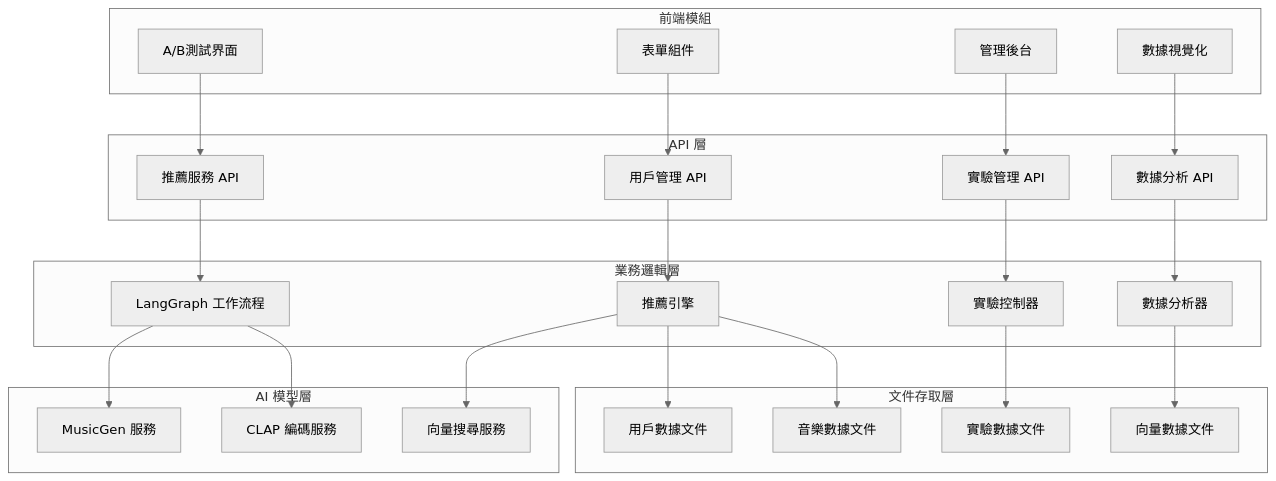
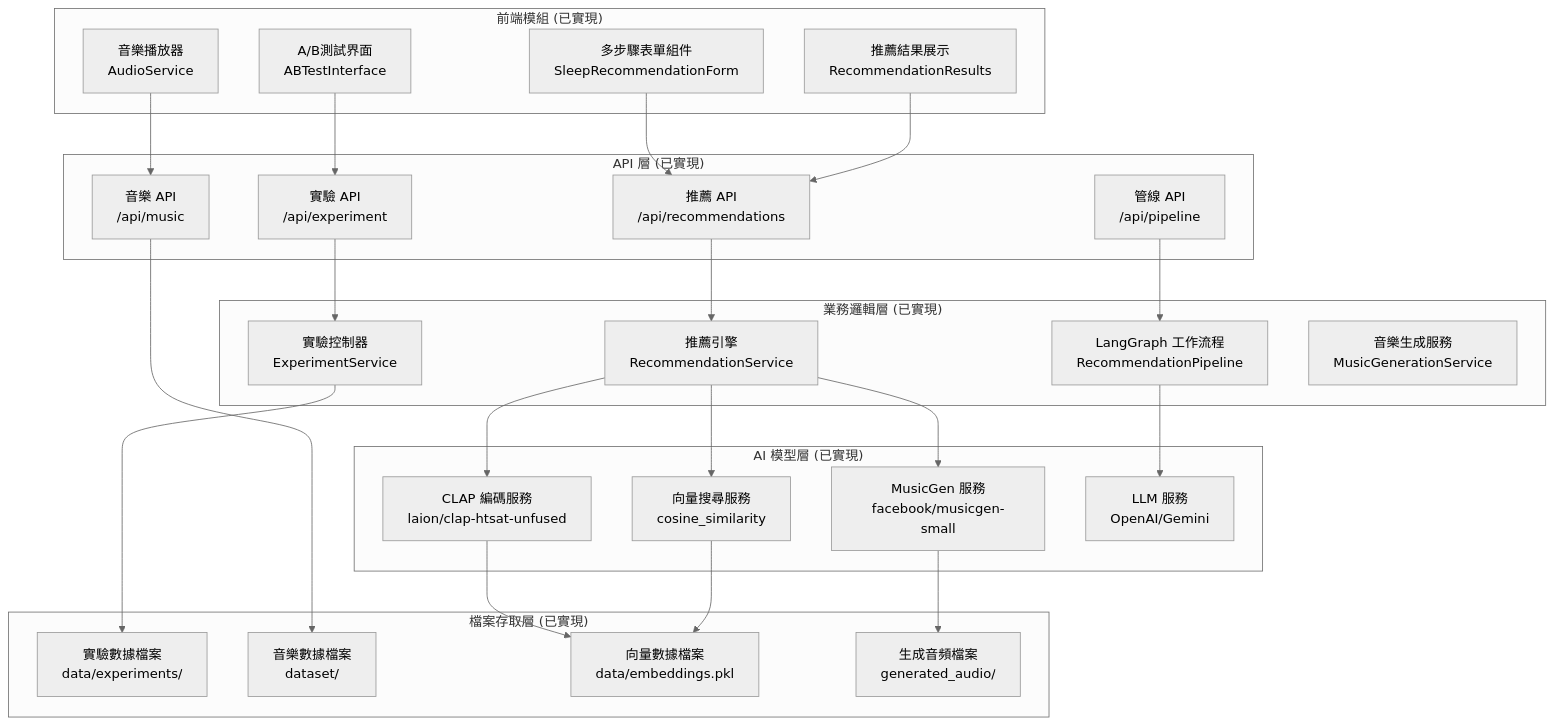
Before and after one commit to whats2000/sleep-recommendation-system: diagram 13 of 13 in docs/RecommendationSystem.md, drawn with Mermaid (neutral theme). The commit also changed other lines of this file, not shown here.

````diff
--- a/docs/RecommendationSystem.md
+++ b/docs/RecommendationSystem.md
@@ -448,54 +567,57 @@
 ```mermaid
 graph TB
-    subgraph "前端模組"
-        FM1[表單組件]
-        FM2[A/B測試界面]
-        FM3[數據視覺化]
-        FM4[管理後台]
+    subgraph "前端模組 (已實現)"
+        FM1[多步驟表單組件<br/>SleepRecommendationForm]
+        FM2[A/B測試界面<br/>ABTestInterface]
+        FM3[音樂播放器<br/>AudioService]
+        FM4[推薦結果展示<br/>RecommendationResults]
     end
-    
-    subgraph "API 層"
-        API1[用戶管理 API]
-        API2[推薦服務 API]
-        API3[實驗管理 API]
-        API4[數據分析 API]
+
+    subgraph "API 層 (已實現)"
+        API1[推薦 API<br/>/api/recommendations]
+        API2[實驗 API<br/>/api/experiment]
+        API3[音樂 API<br/>/api/music]
+        API4[管線 API<br/>/api/pipeline]
     end
-    
-    subgraph "業務邏輯層"
-        BL1[LangGraph 工作流程]
-        BL2[推薦引擎]
-        BL3[實驗控制器]
-        BL4[數據分析器]
+
+    subgraph "業務邏輯層 (已實現)"
+        BL1[LangGraph 工作流程<br/>RecommendationPipeline]
+        BL2[推薦引擎<br/>RecommendationService]
+        BL3[實驗控制器<br/>ExperimentService]
+        BL4[音樂生成服務<br/>MusicGenerationService]
     end
-    
-    subgraph "AI 模型層"
-        ML1[MusicGen 服務]
-        ML2[CLAP 編碼服務]
-        ML3[向量搜尋服務]
+
+    subgraph "AI 模型層 (已實現)"
+        ML1[MusicGen 服務<br/>facebook/musicgen-small]
+        ML2[CLAP 編碼服務<br/>laion/clap-htsat-unfused]
+        ML3[向量搜尋服務<br/>cosine_similarity]
+        ML4[LLM 服務<br/>OpenAI/Gemini]
     end
-      subgraph "文件存取層"
-        DL1[用戶數據文件]
-        DL2[音樂數據文件]
-        DL3[實驗數據文件]
-        DL4[向量數據文件]
+
+    subgraph "檔案存取層 (已實現)"
+        DL1[實驗數據檔案<br/>data/experiments/]
+        DL2[音樂數據檔案<br/>dataset/]
+        DL3[向量數據檔案<br/>data/embeddings.pkl]
+        DL4[生成音頻檔案<br/>generated_audio/]
     end
-    
+
     FM1 --> API1
     FM2 --> API2
-    FM3 --> API4
-    FM4 --> API3
-    
+    FM3 --> API3
+    FM4 --> API1
+
     API1 --> BL2
-    API2 --> BL1
-    API3 --> BL3
-    API4 --> BL4
-    
-    BL1 --> ML1
-    BL1 --> ML2
+    API2 --> BL3
+    API3 --> DL2
+    API4 --> BL1
+
+    BL1 --> ML4
+    BL2 --> ML1
+    BL2 --> ML2
     BL2 --> ML3
-    
-    BL2 --> DL1
-    BL2 --> DL2
-    BL3 --> DL3
-    BL4 --> DL4
+    BL3 --> DL1
+
+    ML1 --> DL4
+    ML2 --> DL3
+    ML3 --> DL3
 ```
````
